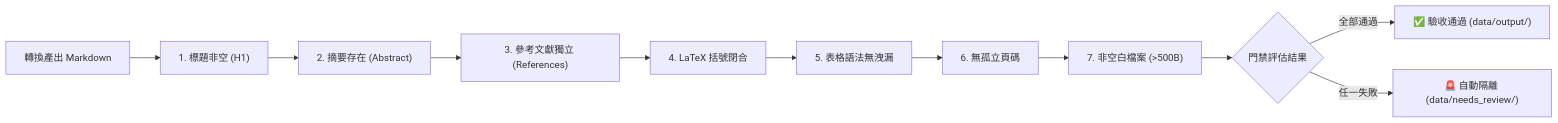
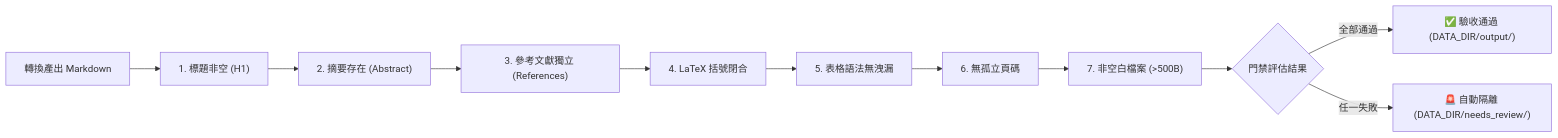
Before and after one commit to chinkunlim/literature-parser: the diagram in evals/EVALS.md, drawn with Mermaid. The commit also changed other lines of this file and 14 other files, not shown here.

````diff
--- a/evals/EVALS.md
+++ b/evals/EVALS.md
@@ -17,13 +17,13 @@
 ```mermaid
 flowchart LR
     Output["轉換產出 Markdown"] --> G1["1. 標題非空 (H1)"]
     G1 --> G2["2. 摘要存在 (Abstract)"]
     G2 --> G3["3. 參考文獻獨立 (References)"]
     G3 --> G4["4. LaTeX 括號閉合"]
     G4 --> G5["5. 表格語法無洩漏"]
     G5 --> G6["6. 無孤立頁碼"]
     G6 --> G7["7. 非空白檔案 (>500B)"]
     G7 --> Verdict{"門禁評估結果"}
-    Verdict -->|全部通過| Pass["✅ 驗收通過 (data/output/)"]
-    Verdict -->|任一失敗| Quarantine["🚨 自動隔離 (data/needs_review/)"]
+    Verdict -->|全部通過| Pass["✅ 驗收通過 (DATA_DIR/output/)"]
+    Verdict -->|任一失敗| Quarantine["🚨 自動隔離 (DATA_DIR/needs_review/)"]
 ```
````
